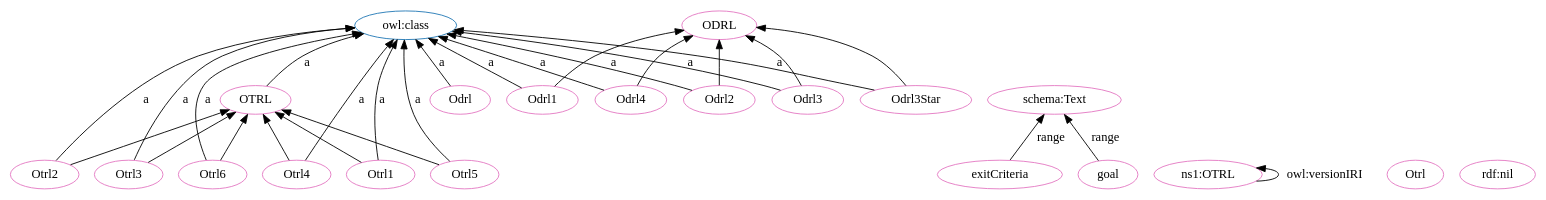
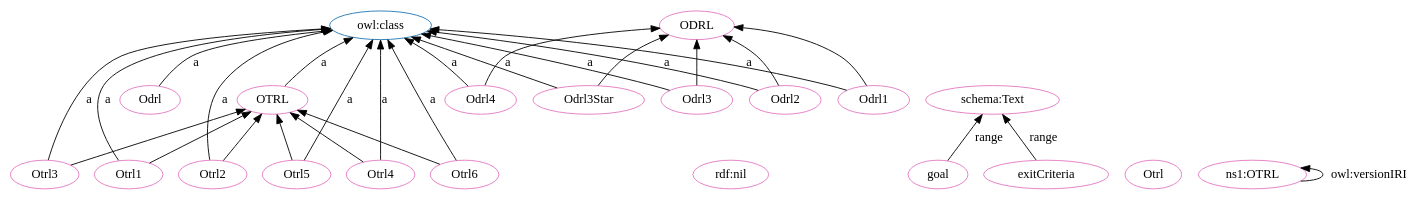
One commit to OPEN-NEXT/OKH-LOSH changed the diagram in OTRL-clean.dot. Above: the diagram before and after it, drawn with Graphviz. The commit also changed other lines of this file and 17 other files, not shown here.

```diff
--- a/OTRL-clean.dot
+++ b/OTRL-clean.dot
@@ -1,54 +1,54 @@
 digraph G {
   rankdir=BT
   node[height=.3]
 "http://www.w3.org/2002/07/owl#class" [fillcolor="#1f77b4" color="#1f77b4" label="owl:class"]
+"http://purl.org/oseg/ontologies/OTRL#OTRL" [fillcolor="#1f77b4" color="#1f77b4" label="OTRL"]
 "http://purl.org/oseg/ontologies/OTRL#ODRL" [fillcolor="#1f77b4" color="#1f77b4" label="ODRL"]
-"http://purl.org/oseg/ontologies/OTRL#OTRL" [fillcolor="#1f77b4" color="#1f77b4" label="OTRL"]
+"http://purl.org/oseg/ontologies/OTRL#Otrl1" [fillcolor="#e377c2" color="#e377c2" label="Otrl1"]
+"http://purl.org/oseg/ontologies/OTRL#Otrl3" [fillcolor="#e377c2" color="#e377c2" label="Otrl3"]
+"http://www.w3.org/1999/02/22-rdf-syntax-ns#nil" [fillcolor="#e377c2" color="#e377c2" label="rdf:nil"]
+"http://purl.org/oseg/ontologies/OTRL#OTRL" [fillcolor="#e377c2" color="#e377c2" label="OTRL"]
+"http://purl.org/oseg/ontologies/OTRL#goal" [fillcolor="#e377c2" color="#e377c2" label="goal"]
+"http://purl.org/oseg/ontologies/OTRL#Otrl" [fillcolor="#e377c2" color="#e377c2" label="Otrl"]
+"http://schema.org/Text" [fillcolor="#e377c2" color="#e377c2" label="schema:Text"]
+"http://purl.org/oseg/ontologies/OTRL#ODRL" [fillcolor="#e377c2" color="#e377c2" label="ODRL"]
+"http://purl.org/oseg/ontologies/OTRL#Otrl2" [fillcolor="#e377c2" color="#e377c2" label="Otrl2"]
+"http://purl.org/oseg/ontologies/OTRL#Odrl1" [fillcolor="#e377c2" color="#e377c2" label="Odrl1"]
+"http://purl.org/oseg/ontologies/OTRL#Odrl4" [fillcolor="#e377c2" color="#e377c2" label="Odrl4"]
+"http://purl.org/oseg/ontologies/OTRL#Odrl" [fillcolor="#e377c2" color="#e377c2" label="Odrl"]
+"http://purl.org/oseg/ontologies/OTRL" [fillcolor="#e377c2" color="#e377c2" label="ns1:OTRL"]
+"http://purl.org/oseg/ontologies/OTRL#Odrl3" [fillcolor="#e377c2" color="#e377c2" label="Odrl3"]
+"http://purl.org/oseg/ontologies/OTRL#Odrl3Star" [fillcolor="#e377c2" color="#e377c2" label="Odrl3Star"]
+"http://purl.org/oseg/ontologies/OTRL#Otrl4" [fillcolor="#e377c2" color="#e377c2" label="Otrl4"]
+"http://purl.org/oseg/ontologies/OTRL#Odrl2" [fillcolor="#e377c2" color="#e377c2" label="Odrl2"]
 "http://purl.org/oseg/ontologies/OTRL#Otrl6" [fillcolor="#e377c2" color="#e377c2" label="Otrl6"]
+"http://purl.org/oseg/ontologies/OTRL#Otrl5" [fillcolor="#e377c2" color="#e377c2" label="Otrl5"]
 "http://purl.org/oseg/ontologies/OTRL#exitCriteria" [fillcolor="#e377c2" color="#e377c2" label="exitCriteria"]
-"http://purl.org/oseg/ontologies/OTRL" [fillcolor="#e377c2" color="#e377c2" label="ns1:OTRL"]
-"http://purl.org/oseg/ontologies/OTRL#Otrl" [fillcolor="#e377c2" color="#e377c2" label="Otrl"]
-"http://purl.org/oseg/ontologies/OTRL#goal" [fillcolor="#e377c2" color="#e377c2" label="goal"]
-"http://purl.org/oseg/ontologies/OTRL#OTRL" [fillcolor="#e377c2" color="#e377c2" label="OTRL"]
-"http://purl.org/oseg/ontologies/OTRL#Otrl4" [fillcolor="#e377c2" color="#e377c2" label="Otrl4"]
-"http://purl.org/oseg/ontologies/OTRL#Odrl1" [fillcolor="#e377c2" color="#e377c2" label="Odrl1"]
-"http://www.w3.org/1999/02/22-rdf-syntax-ns#nil" [fillcolor="#e377c2" color="#e377c2" label="rdf:nil"]
-"http://purl.org/oseg/ontologies/OTRL#Odrl" [fillcolor="#e377c2" color="#e377c2" label="Odrl"]
-"http://purl.org/oseg/ontologies/OTRL#Otrl1" [fillcolor="#e377c2" color="#e377c2" label="Otrl1"]
-"http://purl.org/oseg/ontologies/OTRL#Odrl4" [fillcolor="#e377c2" color="#e377c2" label="Odrl4"]
-"http://purl.org/oseg/ontologies/OTRL#ODRL" [fillcolor="#e377c2" color="#e377c2" label="ODRL"]
-"http://purl.org/oseg/ontologies/OTRL#Odrl3" [fillcolor="#e377c2" color="#e377c2" label="Odrl3"]
-"http://purl.org/oseg/ontologies/OTRL#Otrl5" [fillcolor="#e377c2" color="#e377c2" label="Otrl5"]
-"http://schema.org/Text" [fillcolor="#e377c2" color="#e377c2" label="schema:Text"]
-"http://purl.org/oseg/ontologies/OTRL#Otrl2" [fillcolor="#e377c2" color="#e377c2" label="Otrl2"]
-"http://purl.org/oseg/ontologies/OTRL#Odrl2" [fillcolor="#e377c2" color="#e377c2" label="Odrl2"]
-"http://purl.org/oseg/ontologies/OTRL#Otrl3" [fillcolor="#e377c2" color="#e377c2" label="Otrl3"]
-"http://purl.org/oseg/ontologies/OTRL#Odrl3Star" [fillcolor="#e377c2" color="#e377c2" label="Odrl3Star"]
-  "http://purl.org/oseg/ontologies/OTRL#Otrl6" -> "http://www.w3.org/2002/07/owl#class" [label="a"]
-  "http://purl.org/oseg/ontologies/OTRL" -> "http://purl.org/oseg/ontologies/OTRL" [label="owl:versionIRI"]
-  "http://purl.org/oseg/ontologies/OTRL#Otrl4" -> "http://www.w3.org/2002/07/owl#class" [label="a"]
-  "http://purl.org/oseg/ontologies/OTRL#Odrl3Star" -> "http://purl.org/oseg/ontologies/OTRL#ODRL" [label=""]
-  "http://purl.org/oseg/ontologies/OTRL#Odrl3" -> "http://www.w3.org/2002/07/owl#class" [label="a"]
-  "http://purl.org/oseg/ontologies/OTRL#Otrl5" -> "http://www.w3.org/2002/07/owl#class" [label="a"]
-  "http://purl.org/oseg/ontologies/OTRL#Odrl2" -> "http://purl.org/oseg/ontologies/OTRL#ODRL" [label=""]
-  "http://purl.org/oseg/ontologies/OTRL#Odrl4" -> "http://purl.org/oseg/ontologies/OTRL#ODRL" [label=""]
-  "http://purl.org/oseg/ontologies/OTRL#Odrl3" -> "http://purl.org/oseg/ontologies/OTRL#ODRL" [label=""]
-  "http://purl.org/oseg/ontologies/OTRL#Otrl2" -> "http://www.w3.org/2002/07/owl#class" [label="a"]
-  "http://purl.org/oseg/ontologies/OTRL#Odrl2" -> "http://www.w3.org/2002/07/owl#class" [label="a"]
-  "http://purl.org/oseg/ontologies/OTRL#Otrl3" -> "http://www.w3.org/2002/07/owl#class" [label="a"]
-  "http://purl.org/oseg/ontologies/OTRL#Otrl2" -> "http://purl.org/oseg/ontologies/OTRL#OTRL" [label=""]
-  "http://purl.org/oseg/ontologies/OTRL#Odrl1" -> "http://purl.org/oseg/ontologies/OTRL#ODRL" [label=""]
-  "http://purl.org/oseg/ontologies/OTRL#Otrl1" -> "http://purl.org/oseg/ontologies/OTRL#OTRL" [label=""]
-  "http://purl.org/oseg/ontologies/OTRL#Odrl3Star" -> "http://www.w3.org/2002/07/owl#class" [label="a"]
-  "http://purl.org/oseg/ontologies/OTRL#Otrl3" -> "http://purl.org/oseg/ontologies/OTRL#OTRL" [label=""]
-  "http://purl.org/oseg/ontologies/OTRL#OTRL" -> "http://www.w3.org/2002/07/owl#class" [label="a"]
-  "http://purl.org/oseg/ontologies/OTRL#Odrl1" -> "http://www.w3.org/2002/07/owl#class" [label="a"]
-  "http://purl.org/oseg/ontologies/OTRL#Otrl1" -> "http://www.w3.org/2002/07/owl#class" [label="a"]
-  "http://purl.org/oseg/ontologies/OTRL#Odrl4" -> "http://www.w3.org/2002/07/owl#class" [label="a"]
-  "http://purl.org/oseg/ontologies/OTRL#exitCriteria" -> "http://schema.org/Text" [label="range"]
   "http://purl.org/oseg/ontologies/OTRL#goal" -> "http://schema.org/Text" [label="range"]
-  "http://purl.org/oseg/ontologies/OTRL#Odrl" -> "http://www.w3.org/2002/07/owl#class" [label="a"]
-  "http://purl.org/oseg/ontologies/OTRL#Otrl6" -> "http://purl.org/oseg/ontologies/OTRL#OTRL" [label=""]
   "http://purl.org/oseg/ontologies/OTRL#Otrl4" -> "http://purl.org/oseg/ontologies/OTRL#OTRL" [label=""]
   "http://purl.org/oseg/ontologies/OTRL#Otrl5" -> "http://purl.org/oseg/ontologies/OTRL#OTRL" [label=""]
+  "http://purl.org/oseg/ontologies/OTRL#Odrl3" -> "http://purl.org/oseg/ontologies/OTRL#ODRL" [label=""]
+  "http://purl.org/oseg/ontologies/OTRL#Otrl2" -> "http://purl.org/oseg/ontologies/OTRL#OTRL" [label=""]
+  "http://purl.org/oseg/ontologies/OTRL#Odrl4" -> "http://www.w3.org/2002/07/owl#class" [label="a"]
+  "http://purl.org/oseg/ontologies/OTRL#Otrl6" -> "http://purl.org/oseg/ontologies/OTRL#OTRL" [label=""]
+  "http://purl.org/oseg/ontologies/OTRL#Odrl3Star" -> "http://www.w3.org/2002/07/owl#class" [label="a"]
+  "http://purl.org/oseg/ontologies/OTRL#Otrl6" -> "http://www.w3.org/2002/07/owl#class" [label="a"]
+  "http://purl.org/oseg/ontologies/OTRL#Odrl2" -> "http://purl.org/oseg/ontologies/OTRL#ODRL" [label=""]
+  "http://purl.org/oseg/ontologies/OTRL#Otrl1" -> "http://purl.org/oseg/ontologies/OTRL#OTRL" [label=""]
+  "http://purl.org/oseg/ontologies/OTRL#Otrl1" -> "http://www.w3.org/2002/07/owl#class" [label="a"]
+  "http://purl.org/oseg/ontologies/OTRL#Otrl3" -> "http://www.w3.org/2002/07/owl#class" [label="a"]
+  "http://purl.org/oseg/ontologies/OTRL#Otrl3" -> "http://purl.org/oseg/ontologies/OTRL#OTRL" [label=""]
+  "http://purl.org/oseg/ontologies/OTRL#Otrl2" -> "http://www.w3.org/2002/07/owl#class" [label="a"]
+  "http://purl.org/oseg/ontologies/OTRL#Odrl1" -> "http://www.w3.org/2002/07/owl#class" [label="a"]
+  "http://purl.org/oseg/ontologies/OTRL#Odrl1" -> "http://purl.org/oseg/ontologies/OTRL#ODRL" [label=""]
+  "http://purl.org/oseg/ontologies/OTRL" -> "http://purl.org/oseg/ontologies/OTRL" [label="owl:versionIRI"]
+  "http://purl.org/oseg/ontologies/OTRL#Odrl" -> "http://www.w3.org/2002/07/owl#class" [label="a"]
+  "http://purl.org/oseg/ontologies/OTRL#Odrl4" -> "http://purl.org/oseg/ontologies/OTRL#ODRL" [label=""]
+  "http://purl.org/oseg/ontologies/OTRL#Odrl3" -> "http://www.w3.org/2002/07/owl#class" [label="a"]
+  "http://purl.org/oseg/ontologies/OTRL#Otrl4" -> "http://www.w3.org/2002/07/owl#class" [label="a"]
+  "http://purl.org/oseg/ontologies/OTRL#Odrl2" -> "http://www.w3.org/2002/07/owl#class" [label="a"]
+  "http://purl.org/oseg/ontologies/OTRL#Otrl5" -> "http://www.w3.org/2002/07/owl#class" [label="a"]
+  "http://purl.org/oseg/ontologies/OTRL#Odrl3Star" -> "http://purl.org/oseg/ontologies/OTRL#ODRL" [label=""]
+  "http://purl.org/oseg/ontologies/OTRL#exitCriteria" -> "http://schema.org/Text" [label="range"]
+  "http://purl.org/oseg/ontologies/OTRL#OTRL" -> "http://www.w3.org/2002/07/owl#class" [label="a"]
 }
```
